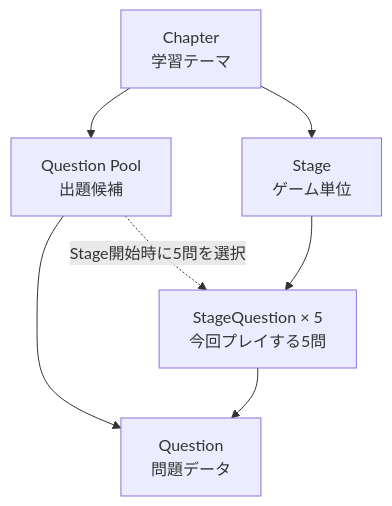
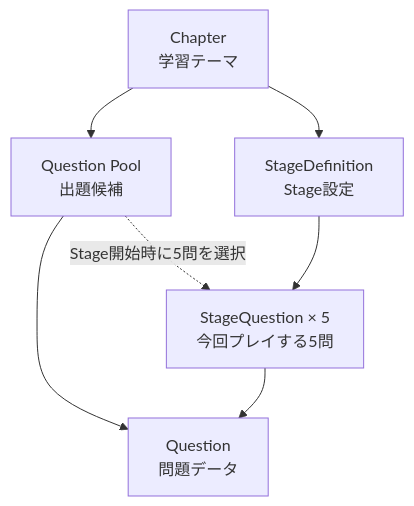
Before and after one commit to suu-dev-0203/graduation_JAVAgame: the third of 30 diagrams in README.md, drawn with Mermaid. The commit also changed other lines of this file, not shown here.

````diff
--- a/README.md
+++ b/README.md
@@ -131,11 +131,9 @@
 ```mermaid
 flowchart TD
     C[Chapter<br/>学習テーマ] --> P[Question Pool<br/>出題候補]
     P --> Q[Question<br/>問題データ]
-
-    C --> S[Stage<br/>ゲーム単位]
-    S --> SQ[StageQuestion × 5<br/>今回プレイする5問]
+    C --> ST[StageDefinition<br/>Stage設定]
+    ST --> SQ[StageQuestion × 5<br/>今回プレイする5問]
     SQ --> Q
-
     P -. Stage開始時に5問を選択 .-> SQ
 ```
````
